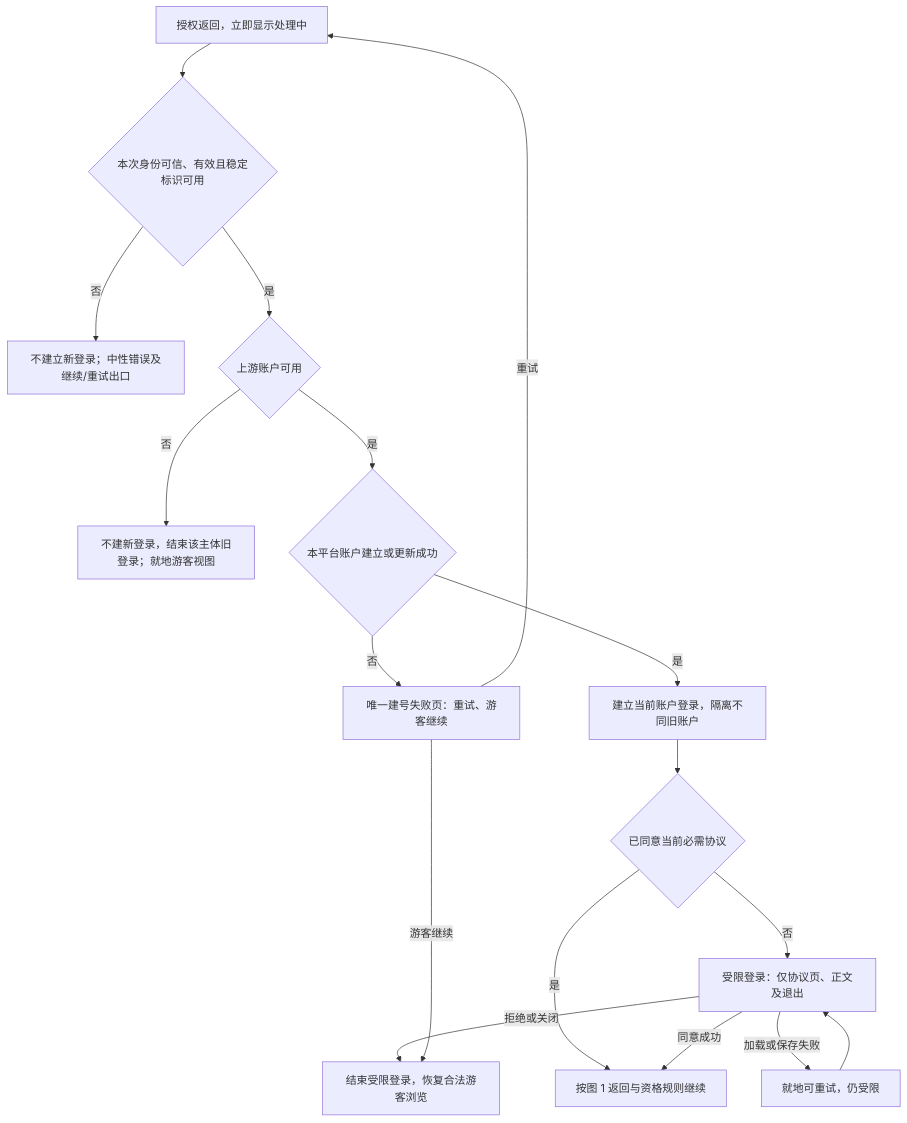
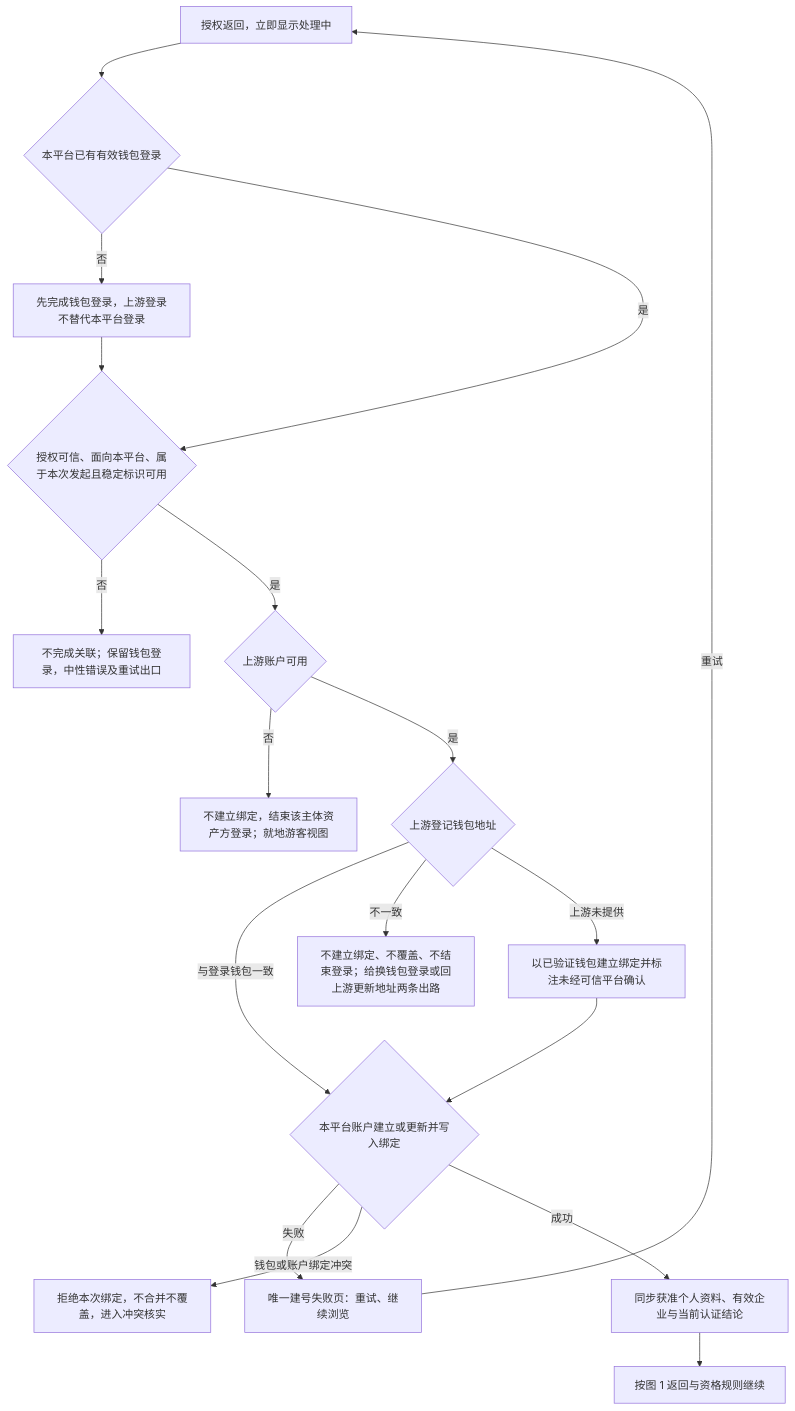
The second of 7 diagrams in lending-platform/PRD/v2.0-登录与账户体系/02-登录主干与资产方SSO接入-流程图与状态机.md (wxblockchain/Chain-Financing), drawn with Mermaid before and after one commit. The commit also changed other lines of this file and 2 other files, not shown here.

First line of the commit message:
docs(WS-371): rework login trunk to unified wallet sign-in with role choice in console

````diff
--- a/lending-platform/PRD/v2.0-登录与账户体系/02-登录主干与资产方SSO接入-流程图与状态机.md
+++ b/lending-platform/PRD/v2.0-登录与账户体系/02-登录主干与资产方SSO接入-流程图与状态机.md
@@ -40,19 +45,20 @@
 ```mermaid
 flowchart TD
-    START["授权返回，立即显示处理中"] --> AUTH{"本次身份可信、有效且稳定标识可用"}
-    AUTH -->|否| FAIL["不建立新登录；中性错误及继续/重试出口"]
+    START["授权返回，立即显示处理中"] --> LOGIN{"本平台已有有效钱包登录"}
+    LOGIN -->|否| SIGNIN["先完成钱包登录，上游登录不替代本平台登录"]
+    SIGNIN --> AUTH
+    LOGIN -->|是| AUTH{"授权可信、面向本平台、属于本次发起且稳定标识可用"}
+    AUTH -->|否| FAIL["不完成关联；保留钱包登录，中性错误及重试出口"]
     AUTH -->|是| ACTIVE{"上游账户可用"}
-    ACTIVE -->|否| BLOCK["不建新登录，结束该主体旧登录；就地游客视图"]
-    ACTIVE -->|是| ACCOUNT{"本平台账户建立或更新成功"}
-    ACCOUNT -->|否| ERROR["唯一建号失败页：重试、游客继续"]
-    ACCOUNT -->|是| SIGNIN["建立当前账户登录，隔离不同旧账户"]
-    SIGNIN --> AGREED{"已同意当前必需协议"}
-    AGREED -->|是| LAND["按图 1 返回与资格规则继续"]
-    AGREED -->|否| RESTRICT["受限登录：仅协议页、正文及退出"]
-    RESTRICT -->|同意成功| LAND
-    RESTRICT -->|加载或保存失败| RETRY["就地可重试，仍受限"]
-    RETRY --> RESTRICT
-    RESTRICT -->|拒绝或关闭| GUEST["结束受限登录，恢复合法游客浏览"]
-    ERROR -->|游客继续| GUEST
+    ACTIVE -->|否| BLOCK["不建立绑定，结束该主体资产方登录；就地游客视图"]
+    ACTIVE -->|是| MATCH{"上游登记钱包地址"}
+    MATCH -->|与登录钱包一致| BIND
+    MATCH -->|不一致| CONFLICT["不建立绑定、不覆盖、不结束登录；给换钱包登录或回上游更新地址两条出路"]
+    MATCH -->|上游未提供| MARK["以已验证钱包建立绑定并标注未经可信平台确认"]
+    MARK --> BIND
+    BIND{"本平台账户建立或更新并写入绑定"} -->|失败| ERROR["唯一建号失败页：重试、继续浏览"]
+    BIND -->|钱包或账户绑定冲突| REJECT["拒绝本次绑定，不合并不覆盖，进入冲突核实"]
+    BIND -->|成功| SYNC["同步获准个人资料、有效企业与当前认证结论"]
+    SYNC --> LAND["按图 1 返回与资格规则继续"]
     ERROR -->|重试| START
 ```
````
